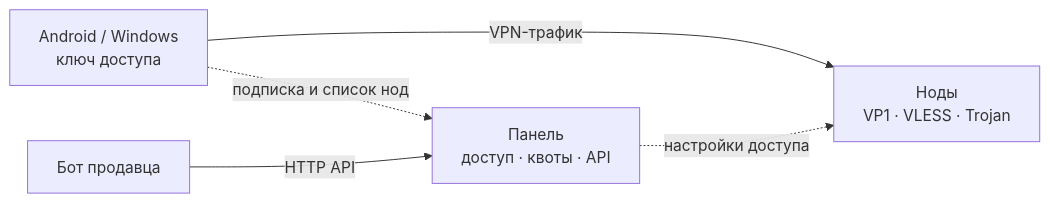
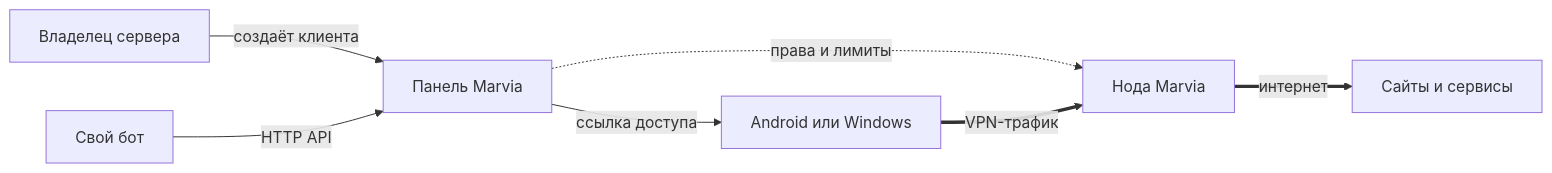
One commit to jytt8u/marvia changed the first of 2 diagrams in README.md. Above: the diagram before and after it, drawn with Mermaid. The commit also changed other lines of this file and 3 other files, not shown here.

````diff
--- a/README.md
+++ b/README.md
@@ -73,7 +56,9 @@
 ```mermaid
 flowchart LR
-    U["Android / Windows<br/>ключ доступа"] -->|"VPN-трафик"| N["Ноды<br/>VP1 · VLESS · Trojan"]
-    U -.->|"подписка и список нод"| P["Панель<br/>доступ · квоты · API"]
-    B["Бот продавца"] -->|"HTTP API"| P
-    P -.->|"настройки доступа"| N
+    A["Владелец сервера"] -->|"создаёт клиента"| P["Панель Marvia"]
+    B["Свой бот"] -->|"HTTP API"| P
+    P -->|"ссылка доступа"| C["Android или Windows"]
+    P -.->|"права и лимиты"| N["Нода Marvia"]
+    C ==>|"VPN-трафик"| N
+    N ==>|"интернет"| I["Сайты и сервисы"]
 ```
````
